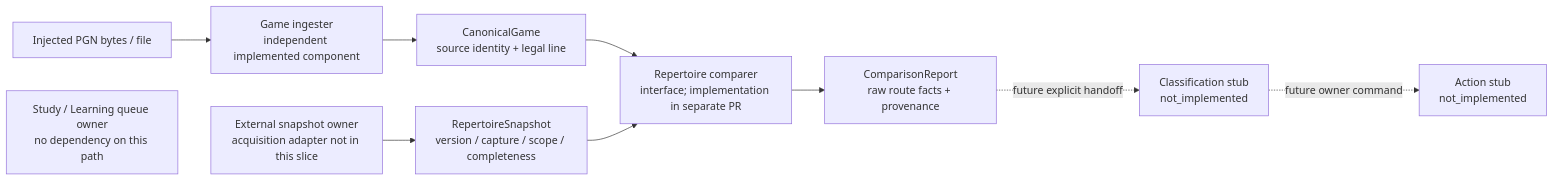
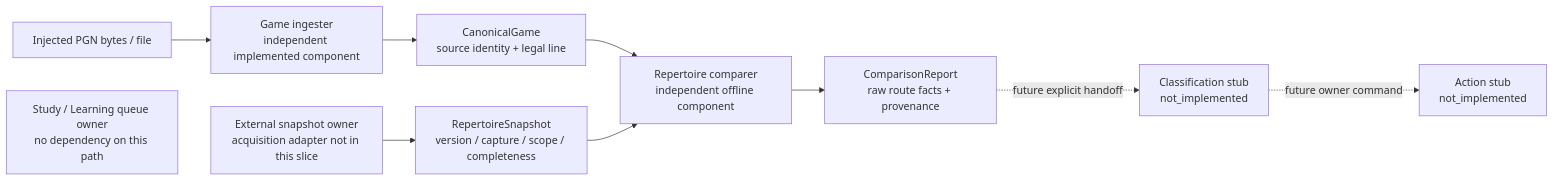
One commit to aaweaver-actuary/tempo changed the diagram in packages/game-review-contracts/README.md. Above: the diagram before and after it, drawn with Mermaid. The commit also changed other lines of this file and 30 other files, not shown here.

````diff
--- a/packages/game-review-contracts/README.md
+++ b/packages/game-review-contracts/README.md
@@ -45,12 +45,12 @@
 ```mermaid
 flowchart LR
     Bytes["Injected PGN bytes / file"] --> I["Game ingester\nindependent implemented component"]
     I --> G["CanonicalGame\nsource identity + legal line"]
     Owner["External snapshot owner\nacquisition adapter not in this slice"] --> S["RepertoireSnapshot\nversion / capture / scope / completeness"]
-    G --> C["Repertoire comparer\ninterface; implementation in separate PR"]
+    G --> C["Repertoire comparer\nindependent offline component"]
     S --> C
     C --> R["ComparisonReport\nraw route facts + provenance"]
     R -. "future explicit handoff" .-> K["Classification stub\nnot_implemented"]
     K -. "future owner command" .-> A["Action stub\nnot_implemented"]
     Study["Study / Learning queue owner\nno dependency on this path"]
 ```
````
